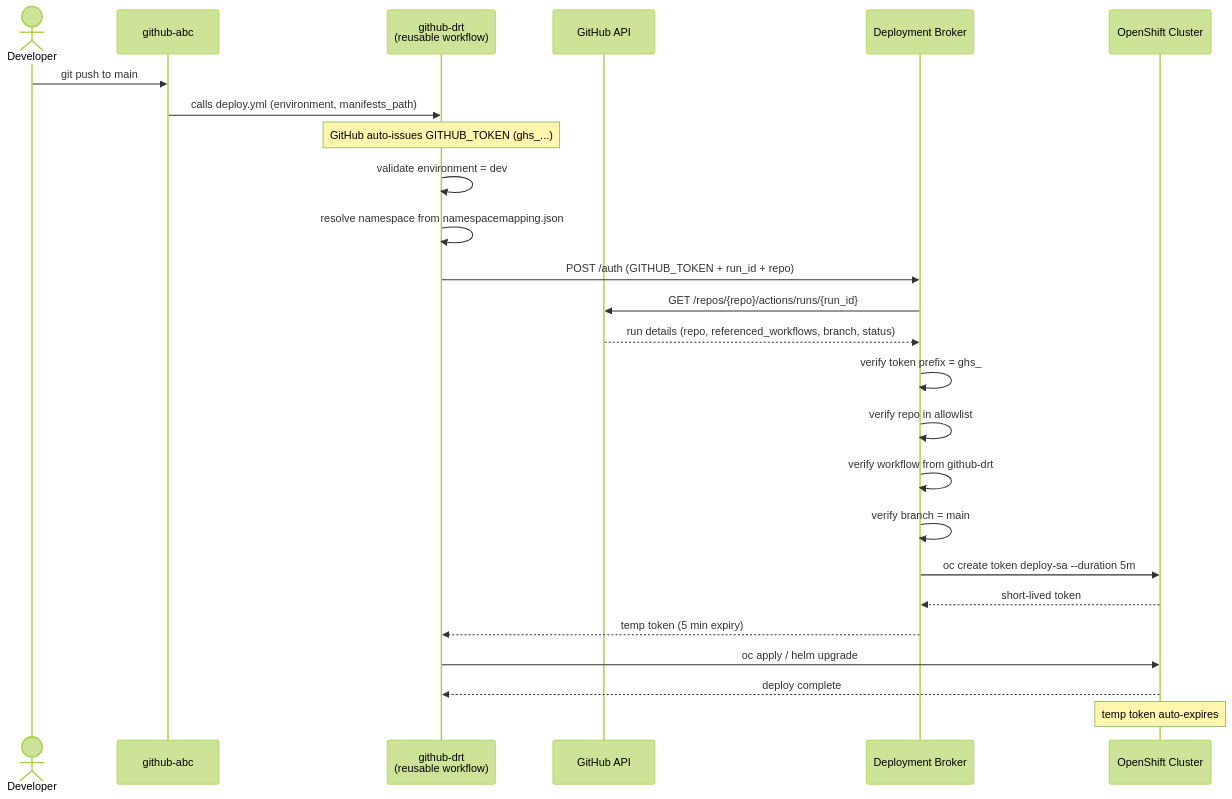
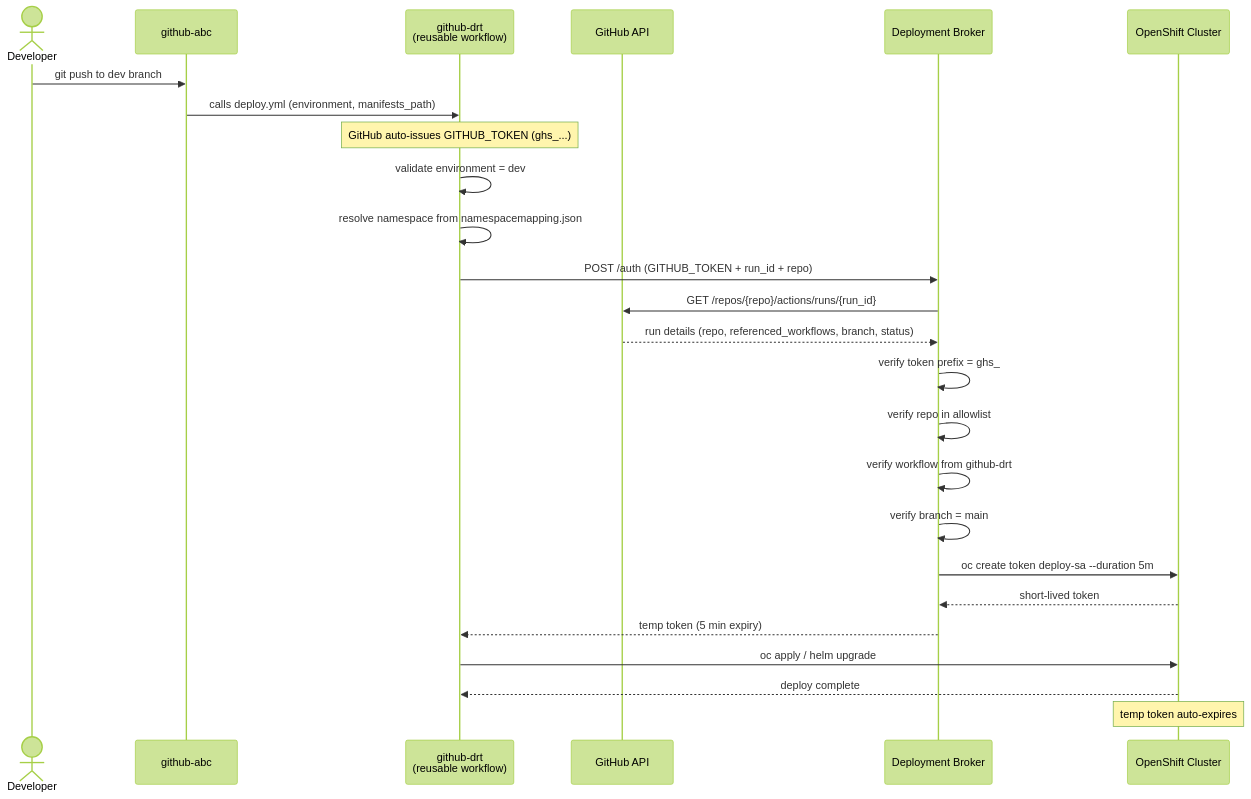
One commit to zz892312/xxxx changed the diagram in ss.md. Above: the diagram before and after it, drawn with Mermaid (forest theme). The commit also changed other lines of this file, not shown here.

First line of the commit message:
Revise deployment workflow and branch strategy

````diff
--- a/ss.md
+++ b/ss.md
@@ -27,28 +79,28 @@
 ```mermaid
 sequenceDiagram
     actor Dev as Developer
     participant ABC as github-abc
     participant DRT as github-drt<br/>(reusable workflow)
     participant GH as GitHub API
     participant Broker as Deployment Broker
     participant OC as OpenShift Cluster
 
-    Dev->>ABC: git push to main
+    Dev->>ABC: git push to dev branch
     ABC->>DRT: calls deploy.yml (environment, manifests_path)
     Note over DRT: GitHub auto-issues GITHUB_TOKEN (ghs_...)
     DRT->>DRT: validate environment = dev
     DRT->>DRT: resolve namespace from namespacemapping.json
     DRT->>Broker: POST /auth (GITHUB_TOKEN + run_id + repo)
     Broker->>GH: GET /repos/{repo}/actions/runs/{run_id}
     GH-->>Broker: run details (repo, referenced_workflows, branch, status)
     Broker->>Broker: verify token prefix = ghs_
     Broker->>Broker: verify repo in allowlist
     Broker->>Broker: verify workflow from github-drt
     Broker->>Broker: verify branch = main
     Broker->>OC: oc create token deploy-sa --duration 5m
     OC-->>Broker: short-lived token
     Broker-->>DRT: temp token (5 min expiry)
     DRT->>OC: oc apply / helm upgrade
     OC-->>DRT: deploy complete
     Note over OC: temp token auto-expires
 ```
````
